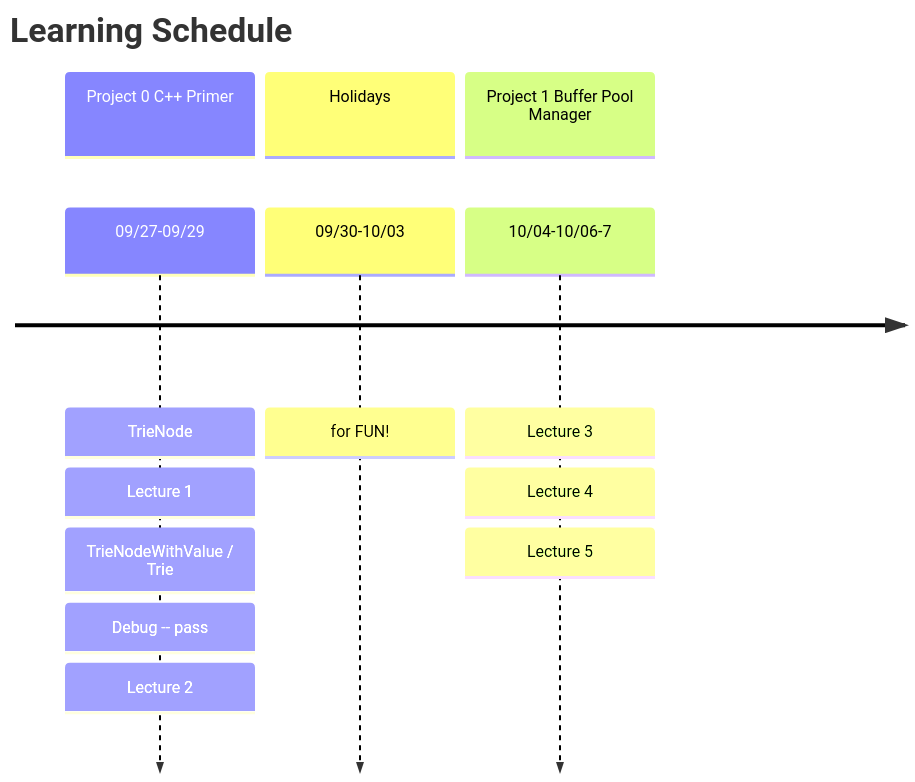
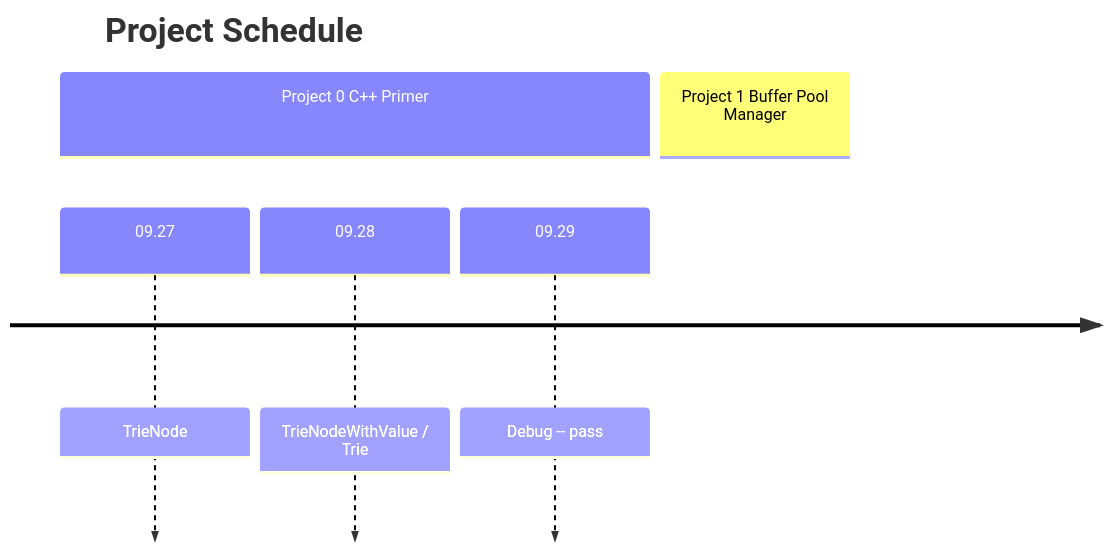
The first of 2 diagrams in _posts/2023-09-12M/2023-10-02-CMU-Project-Tracker.md (fleekgonzalo/Real-king-Ph.GitHub.io), drawn with Mermaid before and after one commit. The commit also changed other lines of this file and 5 other files, not shown here.

First line of the commit message:
📃 docs(一些记录日志): Project 和 Lecture 分离，日志更详细

````diff
--- a/_posts/2023-09-12M/2023-10-02-CMU-Project-Tracker.md
+++ b/_posts/2023-09-12M/2023-10-02-CMU-Project-Tracker.md
@@ -15,17 +17,10 @@
 ```mermaid
 timeline
-   title Learning Schedule
+   title Project Schedule
    section Project 0 C++ Primer
-      09/27-09/29 : TrieNode
-                  : Lecture 1
-                  : TrieNodeWithValue / Trie
-                  : Debug -- pass
-                  : Lecture 2
-   section Holidays
-      09/30-10/03 : for FUN!
+      09.27 : TrieNode
+      09.28 : TrieNodeWithValue / Trie
+      09.29 : Debug -- pass
+
    section Project 1 Buffer Pool Manager
-      10/04-10/06-7 : Lecture 3
-                    : Lecture 4
-                    : Lecture 5
-
 ```
````
